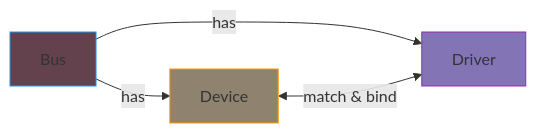
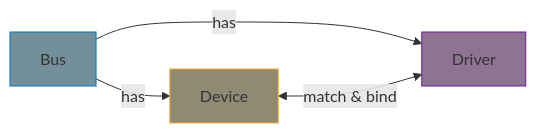
One commit to MichaelTien8901/linux-driver-guide-tutorial changed the second of 3 diagrams in part6/index.md. Above: the diagram before and after it, drawn with Mermaid. The commit also changed other lines of this file and 36 other files, not shown here.

Commit message:
Fix mermaid diagram colors to use consistent paper-like theme

````diff
--- a/part6/index.md
+++ b/part6/index.md
@@ -63,14 +63,14 @@
 ```mermaid
 flowchart LR
     Bus["Bus"]
     Device["Device"]
     Driver["Driver"]
 
     Bus -->|"has"| Device
     Bus -->|"has"| Driver
     Device <-->|"match & bind"| Driver
 
-    style Bus fill:#63424d,stroke:#2196f3
-    style Device fill:#8f8370,stroke:#ff9800
-    style Driver fill:#8375b5,stroke:#9c27b0
+    style Bus fill:#738f99,stroke:#0277bd
+    style Device fill:#8f8a73,stroke:#f9a825
+    style Driver fill:#8f7392,stroke:#6a1b9a
 ```
````
